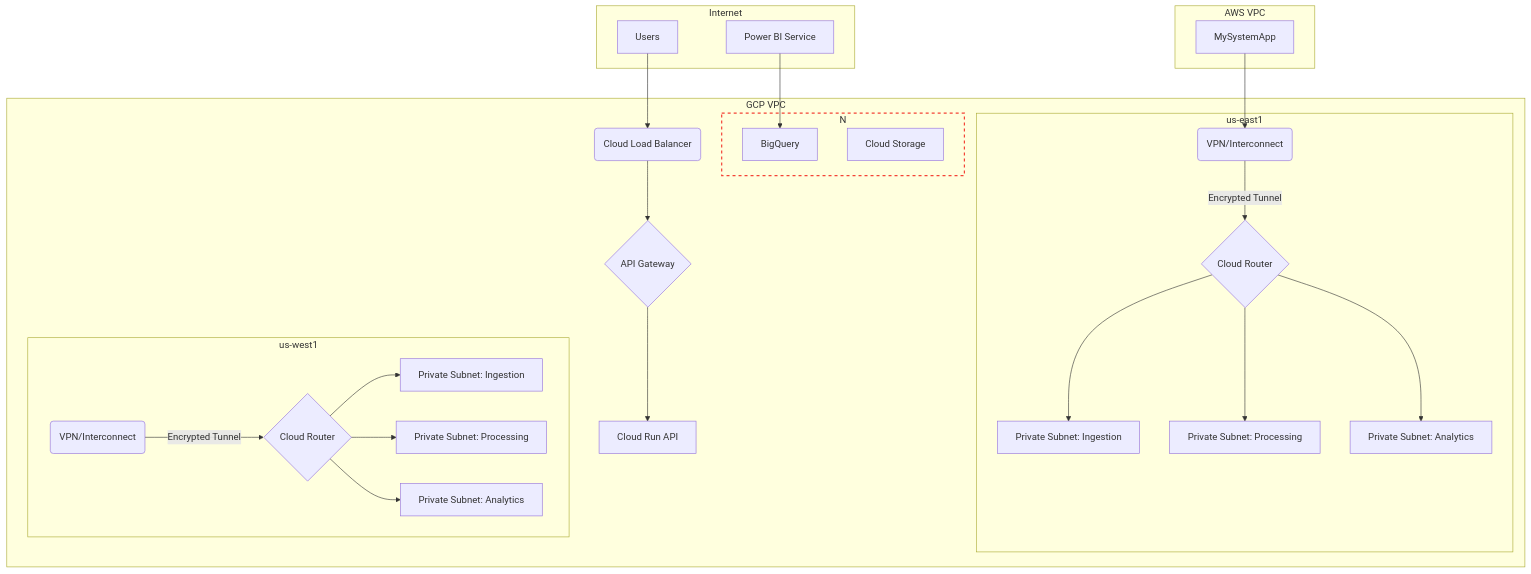
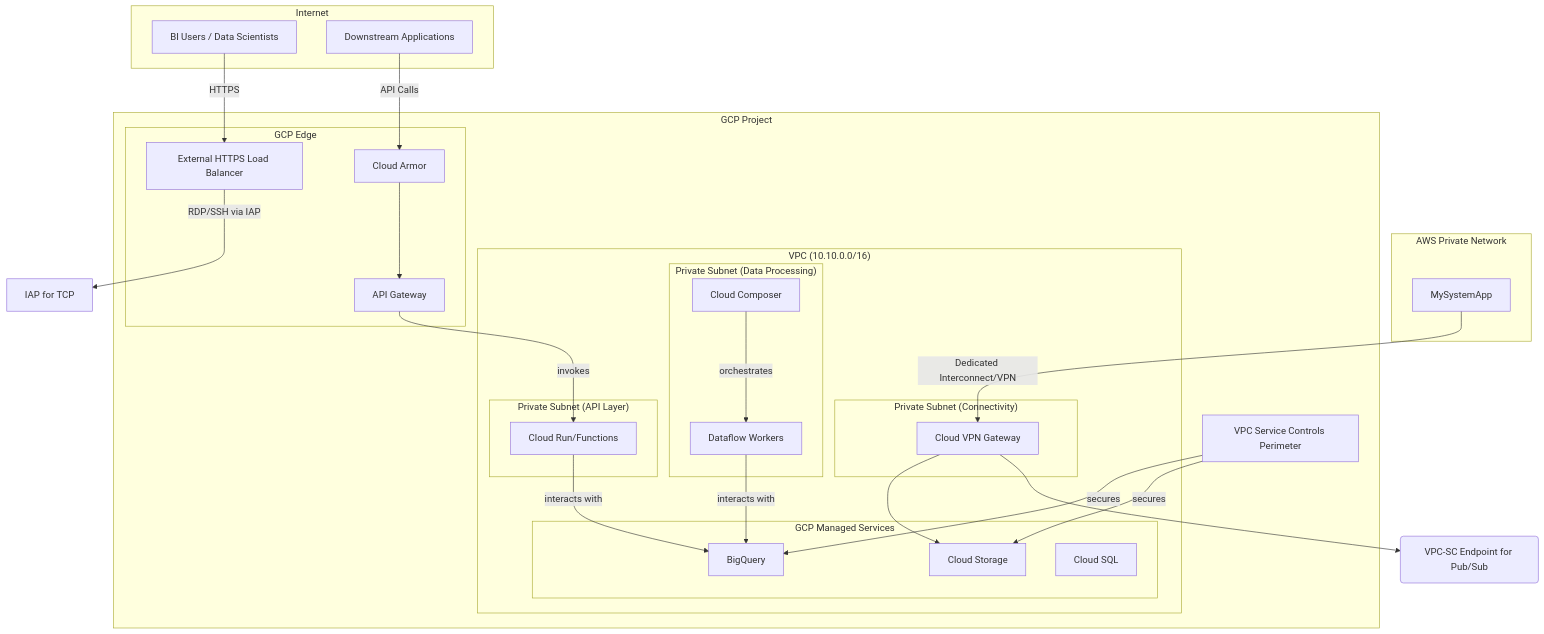
Before and after one commit to hulkamaphone/terraform_documenter: the second of 3 diagrams in README.md, drawn with Mermaid. The commit also changed other lines of this file, not shown here.

````diff
--- a/README.md
+++ b/README.md
@@ -193,43 +248,58 @@
 ```mermaid
 graph TD
-    subgraph AWS VPC
-        A[MySystemApp]
+    subgraph "Internet"
+        Users[BI Users / Data Scientists]
+        DownstreamApps[Downstream Applications]
     end
 
-    subgraph Internet
-        B[Users]
-        C[Power BI Service]
+    subgraph "AWS Private Network"
+        MySystemApp[MySystemApp]
     end
 
-    subgraph GCP VPC
-        subgraph us-east1
-            D(VPN/Interconnect) -- Encrypted Tunnel --> E{Cloud Router};
-            E --> F[Private Subnet: Ingestion];
-            E --> G[Private Subnet: Processing];
-            E --> H[Private Subnet: Analytics];
-        end
-        subgraph us-west1
-            D2(VPN/Interconnect) -- Encrypted Tunnel --> E2{Cloud Router};
-            E2 --> F2[Private Subnet: Ingestion];
-            E2 --> G2[Private Subnet: Processing];
-            E2 --> H2[Private Subnet: Analytics];
+    subgraph "GCP Project"
+        subgraph "VPC (10.10.0.0/16)"
+            subgraph "Private Subnet (Data Processing)"
+                Dataflow[Dataflow Workers]
+                Composer[Cloud Composer]
+            end
+            subgraph "Private Subnet (API Layer)"
+                CloudRun[Cloud Run/Functions]
+            end
+            subgraph "Private Subnet (Connectivity)"
+                VPN_GW[Cloud VPN Gateway]
+            end
+
+            subgraph "GCP Managed Services"
+                BigQuery[BigQuery]
+                GCS[Cloud Storage]
+                CloudSQL[Cloud SQL]
+            end
         end
 
-        I(Cloud Load Balancer) --> L{API Gateway};
-        L --> M[Cloud Run API];
+        subgraph "GCP Edge"
+            WAF[Cloud Armor]
+            LB[External HTTPS Load Balancer]
+            APIGW[API Gateway]
+        end
 
-        N[VPC Service Controls Perimeter]:::perimeter
-        subgraph N
-            F; G; H;
-            F2; G2; H2;
-            O[BigQuery];
-            P[Cloud Storage];
-        end
+        VPC_SC[VPC Service Controls Perimeter]
+        VPC_SC -- secures --> BigQuery
+        VPC_SC -- secures --> GCS
     end
 
-    A --> D;
-    B --> I;
-    C --> O;
 
-    classDef perimeter fill:none,stroke:#f44336,stroke-width:2px,stroke-dasharray: 5 5
+    Users -- HTTPS --> LB
+    DownstreamApps -- API Calls --> WAF
+    WAF --> APIGW
+    LB -- RDP/SSH via IAP --> VertexAI_GW[IAP for TCP]
+
+    APIGW -- invokes --> CloudRun
+    CloudRun -- interacts with --> BigQuery
+    Dataflow -- interacts with --> BigQuery
+    Composer -- orchestrates --> Dataflow
+
+    MySystemApp --"Dedicated Interconnect/VPN"--> VPN_GW
+    VPN_GW --> GCS
+    VPN_GW --> PubSub_Endpoint(VPC-SC Endpoint for Pub/Sub)
+
 ```
````
